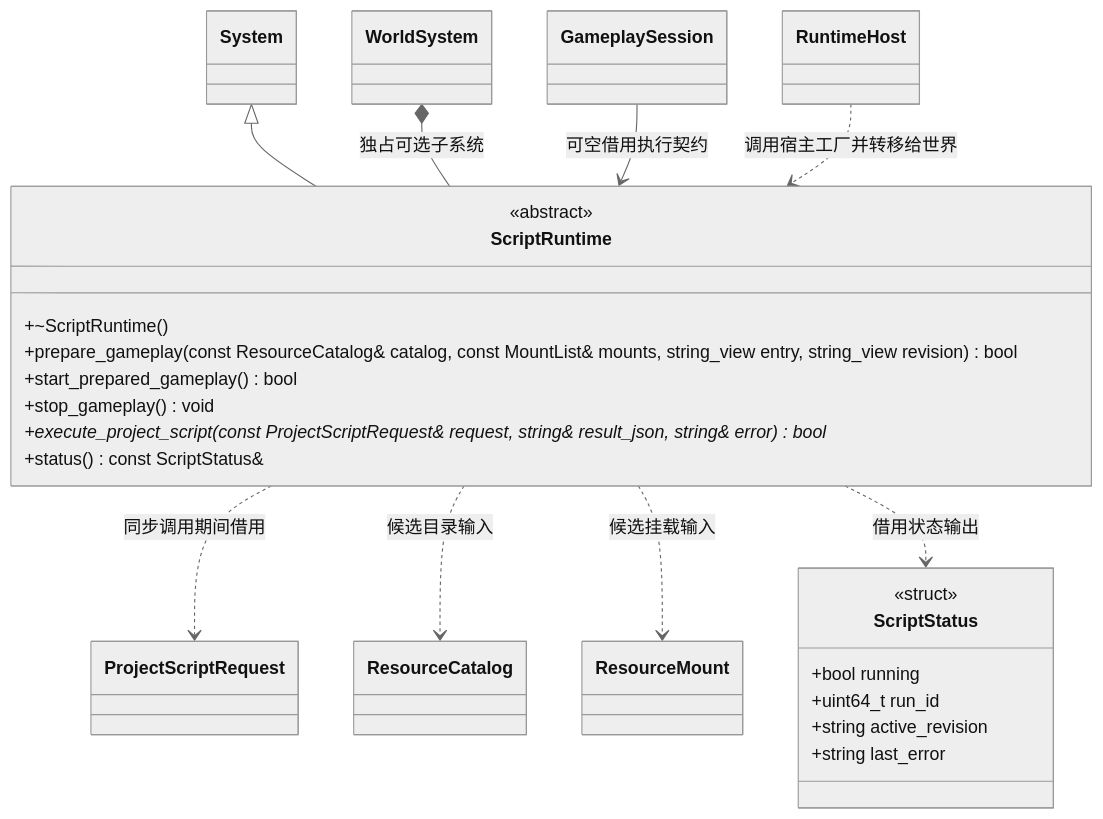
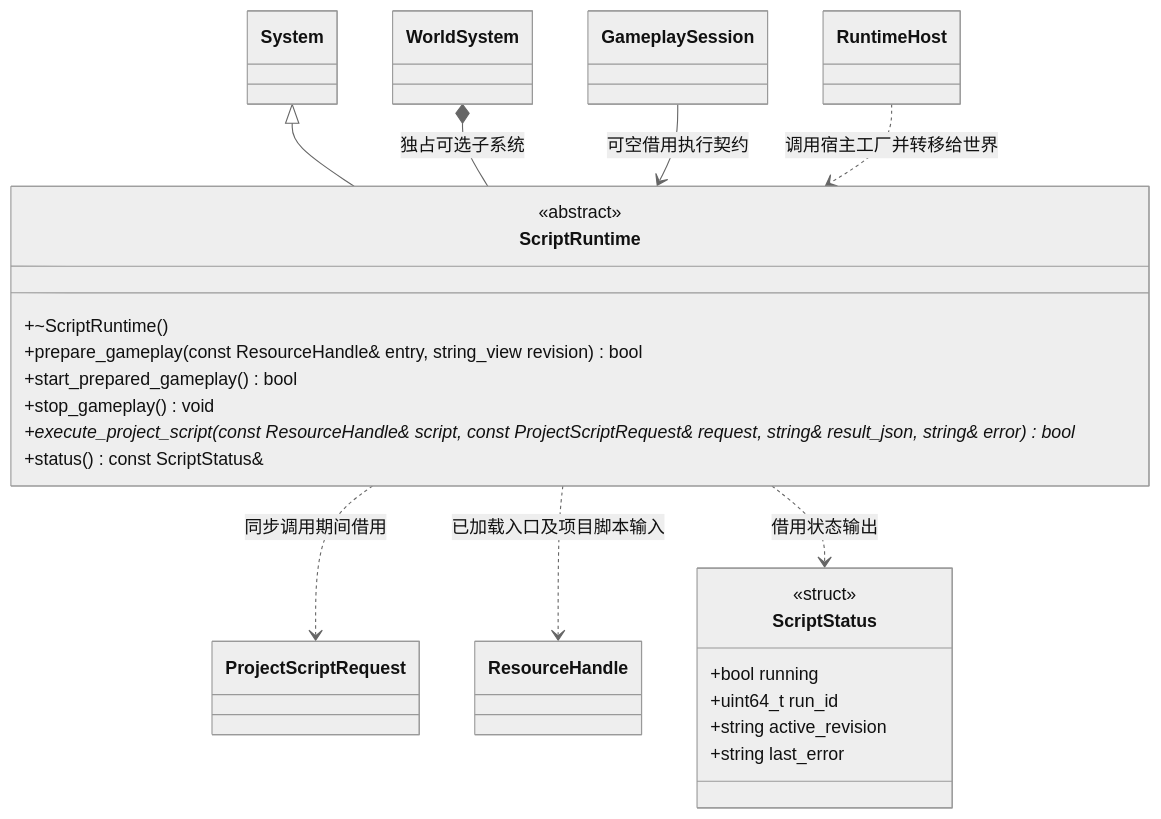
Before and after one commit to lcals/Engine: the diagram in docs/runtime/class-diagrams/script-runtime.md, drawn with Mermaid (neutral theme). The commit also changed 391 other files, not shown here.

````diff
--- a/docs/runtime/class-diagrams/script-runtime.md
+++ b/docs/runtime/class-diagrams/script-runtime.md
@@ -7,34 +7,32 @@
 ```mermaid
 classDiagram
     class ProjectScriptRequest
     ScriptRuntime ..> ProjectScriptRequest : 同步调用期间借用
     class ScriptRuntime {
         <<abstract>>
         +~ScriptRuntime()
-        +prepare_gameplay(const ResourceCatalog& catalog, const MountList& mounts, string_view entry, string_view revision) bool
+        +prepare_gameplay(const ResourceHandle& entry, string_view revision) bool
         +start_prepared_gameplay() bool
         +stop_gameplay() void
-        +execute_project_script(const ProjectScriptRequest& request, string& result_json, string& error) bool*
+        +execute_project_script(const ResourceHandle& script, const ProjectScriptRequest& request, string& result_json, string& error) bool*
         +status() const ScriptStatus&
     }
     class ScriptStatus {
         <<struct>>
         +bool running
         +uint64_t run_id
         +string active_revision
         +string last_error
     }
     class System
-    class ResourceCatalog
-    class ResourceMount
+    class ResourceHandle
     class GameplaySession
     class RuntimeHost
     class WorldSystem
     System <|-- ScriptRuntime
     WorldSystem *-- ScriptRuntime : 独占可选子系统
     GameplaySession --> ScriptRuntime : 可空借用执行契约
     RuntimeHost ..> ScriptRuntime : 调用宿主工厂并转移给世界
-    ScriptRuntime ..> ResourceCatalog : 候选目录输入
-    ScriptRuntime ..> ResourceMount : 候选挂载输入
+    ScriptRuntime ..> ResourceHandle : 已加载入口及项目脚本输入
     ScriptRuntime ..> ScriptStatus : 借用状态输出
 ```
````
